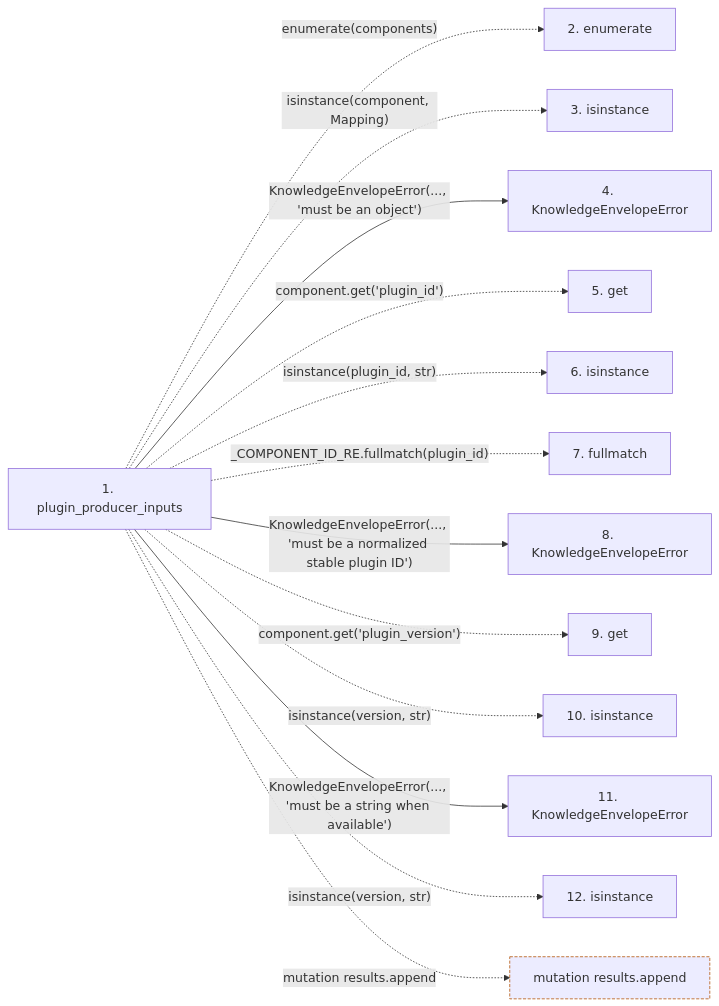
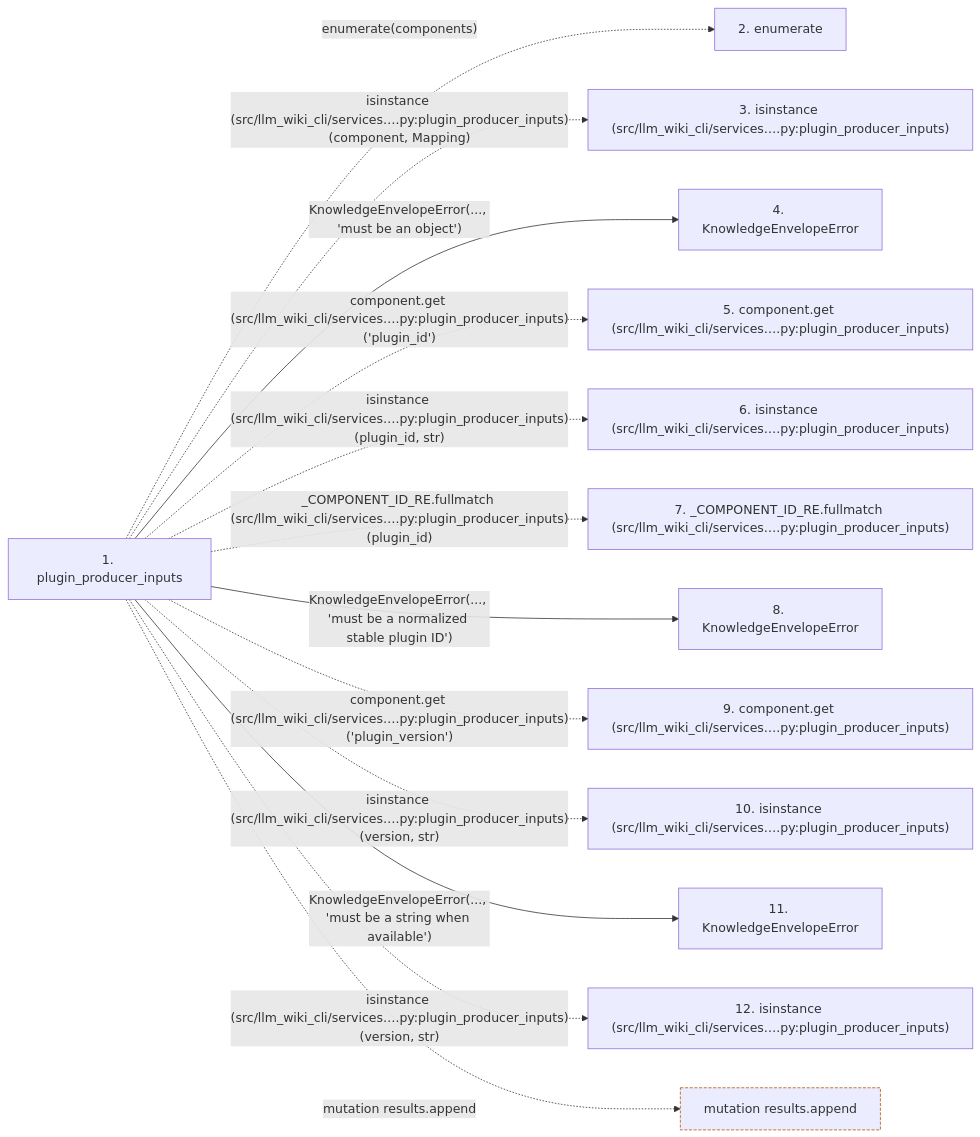
Before and after one commit to Denissvgn/python-wiki-llm: the second of 2 diagrams in docs/llm_wiki/flows/api-plugin_producer_inputs.md, drawn with Mermaid. The commit also changed other lines of this file and 719 other files, not shown here.

````diff
--- a/docs/llm_wiki/flows/api-plugin_producer_inputs.md
+++ b/docs/llm_wiki/flows/api-plugin_producer_inputs.md
@@ -64,34 +68,34 @@
 ```mermaid
 flowchart LR
     s1["1. plugin_producer_inputs"]
     s2["2. enumerate"]
-    s3["3. isinstance"]
+    s3["3. isinstance (src/llm_wiki_cli/services….py:plugin_producer_inputs)"]
     s4["4. KnowledgeEnvelopeError"]
-    s5["5. get"]
-    s6["6. isinstance"]
-    s7["7. fullmatch"]
+    s5["5. component.get (src/llm_wiki_cli/services….py:plugin_producer_inputs)"]
+    s6["6. isinstance (src/llm_wiki_cli/services….py:plugin_producer_inputs)"]
+    s7["7. _COMPONENT_ID_RE.fullmatch (src/llm_wiki_cli/services….py:plugin_producer_inputs)"]
     s8["8. KnowledgeEnvelopeError"]
-    s9["9. get"]
-    s10["10. isinstance"]
+    s9["9. component.get (src/llm_wiki_cli/services….py:plugin_producer_inputs)"]
+    s10["10. isinstance (src/llm_wiki_cli/services….py:plugin_producer_inputs)"]
     s11["11. KnowledgeEnvelopeError"]
-    s12["12. isinstance"]
+    s12["12. isinstance (src/llm_wiki_cli/services….py:plugin_producer_inputs)"]
     s1 -. "enumerate(components)" .-> s2
-    s1 -. "isinstance(component, Mapping)" .-> s3
+    s1 -. "isinstance (src/llm_wiki_cli/services….py:plugin_producer_inputs)(component, Mapping)" .-> s3
     s1 -->|"KnowledgeEnvelopeError(..., 'must be an object')"| s4
-    s1 -. "component.get('plugin_id')" .-> s5
-    s1 -. "isinstance(plugin_id, str)" .-> s6
-    s1 -. "_COMPONENT_ID_RE.fullmatch(plugin_id)" .-> s7
+    s1 -. "component.get (src/llm_wiki_cli/services….py:plugin_producer_inputs)('plugin_id')" .-> s5
+    s1 -. "isinstance (src/llm_wiki_cli/services….py:plugin_producer_inputs)(plugin_id, str)" .-> s6
+    s1 -. "_COMPONENT_ID_RE.fullmatch (src/llm_wiki_cli/services….py:plugin_producer_inputs)(plugin_id)" .-> s7
     s1 -->|"KnowledgeEnvelopeError(..., 'must be a normalized stable plugin ID')"| s8
-    s1 -. "component.get('plugin_version')" .-> s9
-    s1 -. "isinstance(version, str)" .-> s10
+    s1 -. "component.get (src/llm_wiki_cli/services….py:plugin_producer_inputs)('plugin_version')" .-> s9
+    s1 -. "isinstance (src/llm_wiki_cli/services….py:plugin_producer_inputs)(version, str)" .-> s10
     s1 -->|"KnowledgeEnvelopeError(..., 'must be a string when available')"| s11
-    s1 -. "isinstance(version, str)" .-> s12
+    s1 -. "isinstance (src/llm_wiki_cli/services….py:plugin_producer_inputs)(version, str)" .-> s12
     b0["mutation results.append"]
     s1 -. "mutation results.append" .-> b0
     click s1 "../modules/knowledge_envelope.md"
     click s4 "../modules/knowledge_envelope.md"
     click s8 "../modules/knowledge_envelope.md"
     click s11 "../modules/knowledge_envelope.md"
     classDef boundary stroke:#b45309,stroke-dasharray: 4 2
     class b0 boundary
 ```
````
